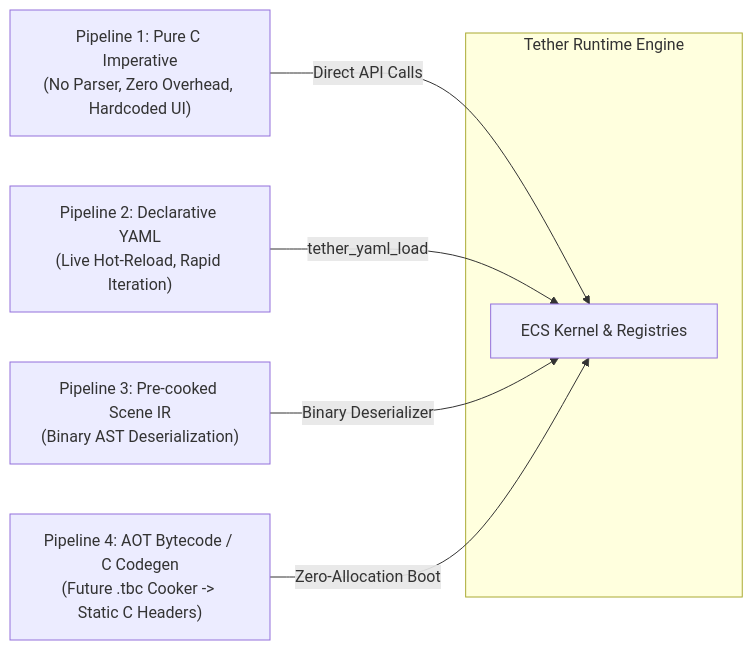
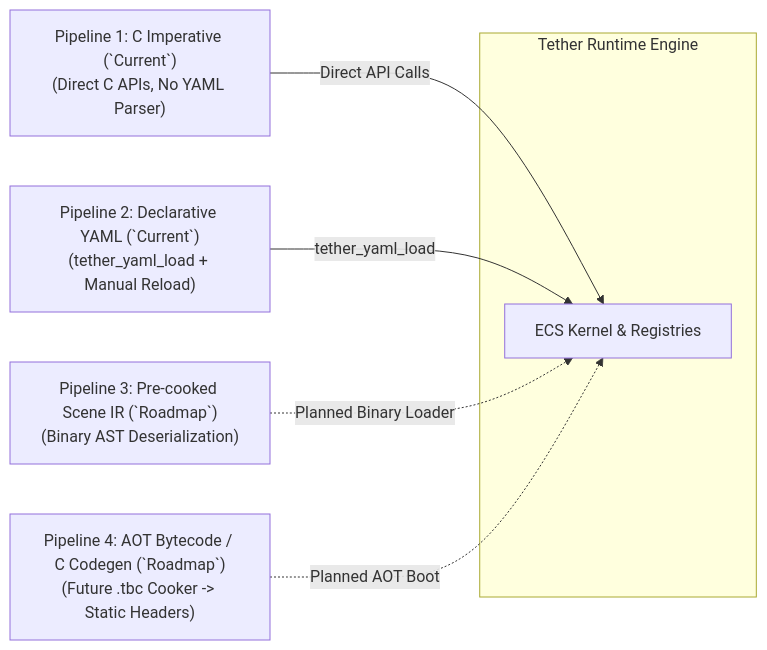
One commit to Yuvi-GD/Tether changed the third of 3 diagrams in docs/technical/10_ui_definitions_and_parsing.md. Above: the diagram before and after it, drawn with Mermaid. The commit also changed other lines of this file and 24 other files, not shown here.

Commit message:
docs: align technical docs with v0.0.3-preview and clarify presentation roadmap

````diff
--- a/docs/technical/10_ui_definitions_and_parsing.md
+++ b/docs/technical/10_ui_definitions_and_parsing.md
@@ -218,16 +226,16 @@
 ```mermaid
 flowchart LR
-    P1["Pipeline 1: Pure C Imperative\n(No Parser, Zero Overhead, Hardcoded UI)"]
-    P2["Pipeline 2: Declarative YAML\n(Live Hot-Reload, Rapid Iteration)"]
-    P3["Pipeline 3: Pre-cooked Scene IR\n(Binary AST Deserialization)"]
-    P4["Pipeline 4: AOT Bytecode / C Codegen\n(Future .tbc Cooker -> Static C Headers)"]
+    P1["Pipeline 1: C Imperative (`Current`)\n(Direct C APIs, No YAML Parser)"]
+    P2["Pipeline 2: Declarative YAML (`Current`)\n(tether_yaml_load + Manual Reload)"]
+    P3["Pipeline 3: Pre-cooked Scene IR (`Roadmap`)\n(Binary AST Deserialization)"]
+    P4["Pipeline 4: AOT Bytecode / C Codegen (`Roadmap`)\n(Future .tbc Cooker -> Static Headers)"]
 
     subgraph RuntimeEngine["Tether Runtime Engine"]
         ECS["ECS Kernel & Registries"]
     end
 
     P1 -->|Direct API Calls| ECS
     P2 -->|tether_yaml_load| ECS
-    P3 -->|Binary Deserializer| ECS
-    P4 -->|Zero-Allocation Boot| ECS
+    P3 -.->|Planned Binary Loader| ECS
+    P4 -.->|Planned AOT Boot| ECS
 ```
````
